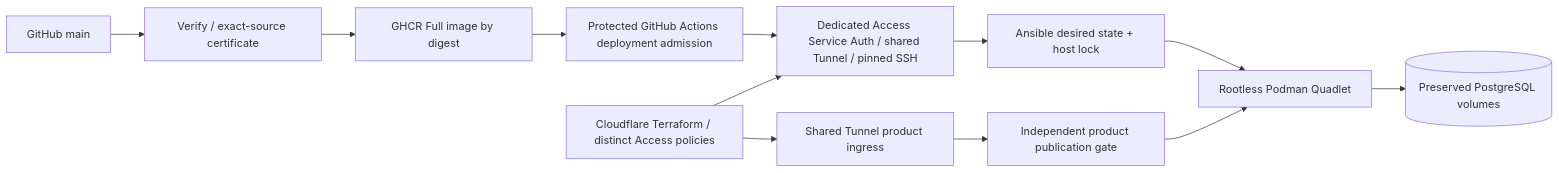
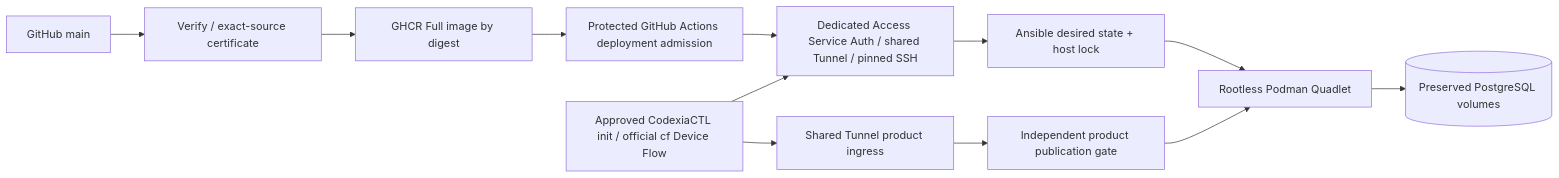
One commit to yohn-jp/codexia changed the diagram in docs/architecture/diagrams/system-2.mmd. Above: the diagram before and after it, drawn with Mermaid. The commit also changed 4 other files, not shown here.

Commit message:
docs(deploy): use CodexiaCTL for Cloudflare migration and recovery

```diff
--- a/docs/architecture/diagrams/system-2.mmd
+++ b/docs/architecture/diagrams/system-2.mmd
@@ -1,12 +1,12 @@
 flowchart LR
     SRC["GitHub main"] --> CI["Verify / exact-source certificate"]
     CI --> ART["GHCR Full image by digest"]
     ART --> GATE["Protected GitHub Actions deployment admission"]
     GATE --> MANAGEMENT["Dedicated Access Service Auth / shared Tunnel / pinned SSH"]
     MANAGEMENT --> ANS["Ansible desired state + host lock"]
     ANS --> POD["Rootless Podman Quadlet"]
     POD --> PG[("Preserved PostgreSQL volumes")]
-    TF["Cloudflare Terraform / distinct Access policies"] --> EDGE["Shared Tunnel product ingress"]
-    TF --> MANAGEMENT
+    CTL["Approved CodexiaCTL init / official cf Device Flow"] --> EDGE["Shared Tunnel product ingress"]
+    CTL --> MANAGEMENT
     EDGE --> PUBLICATION["Independent product publication gate"]
     PUBLICATION --> POD
```
